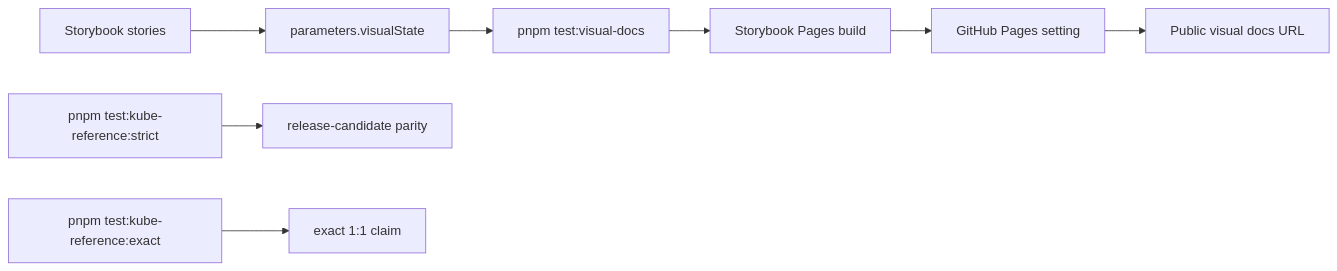
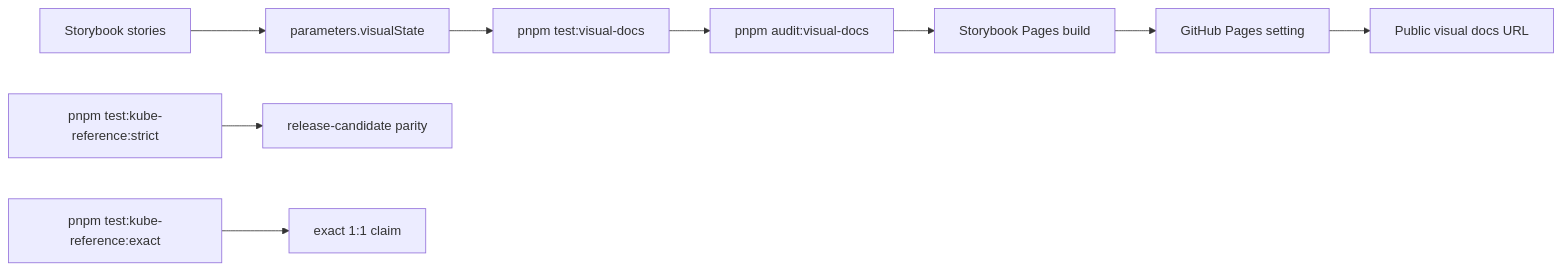
One commit to clean99/liquid-glass changed the second of 2 diagrams in docs/progress-checkpoints.md. Above: the diagram before and after it, drawn with Mermaid. The commit also changed other lines of this file and 10 other files, not shown here.

Commit message:
Add visual documentation audit

````diff
--- a/docs/progress-checkpoints.md
+++ b/docs/progress-checkpoints.md
@@ -82,11 +83,12 @@
 ```mermaid
 flowchart LR
   Storybook["Storybook stories"] --> StateMetadata["parameters.visualState"]
   StateMetadata --> VisualGate["pnpm test:visual-docs"]
-  VisualGate --> PagesBuild["Storybook Pages build"]
+  VisualGate --> VisualScore["pnpm audit:visual-docs"]
+  VisualScore --> PagesBuild["Storybook Pages build"]
   PagesBuild --> PagesSetting["GitHub Pages setting"]
   PagesSetting --> PublicDocs["Public visual docs URL"]
 
   KubeGate["pnpm test:kube-reference:strict"] --> ReleaseCandidate["release-candidate parity"]
   ExactGate["pnpm test:kube-reference:exact"] --> ExactClaim["exact 1:1 claim"]
 ```
````
